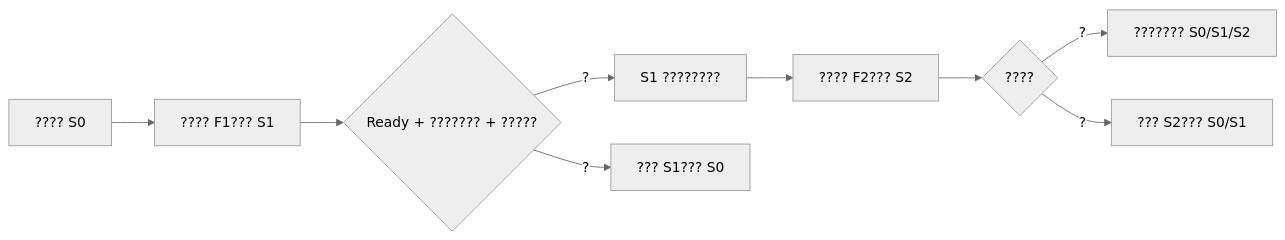
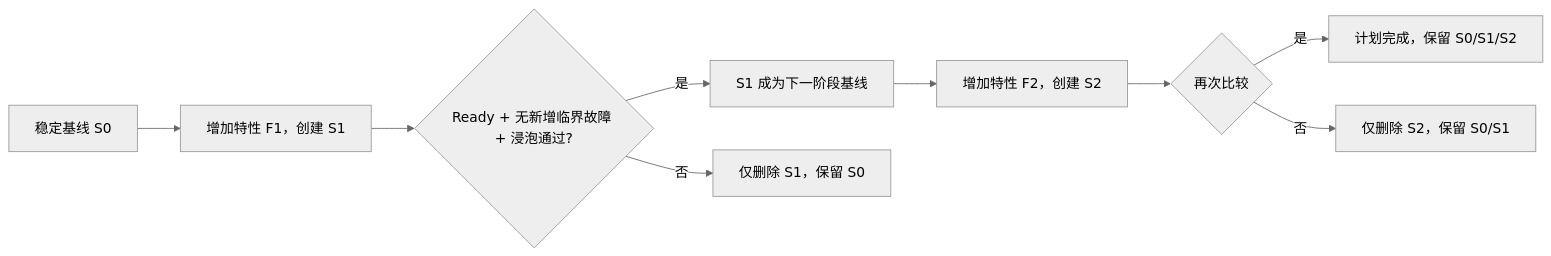
The diagram in component/InferNex-Agent/docs/progressive-experiments-zh.md (lsjfy-open-com/infernex-agent), drawn with Mermaid (neutral theme) before and after one commit. The commit also changed other lines of this file and 10 other files, not shown here.

````diff
--- a/component/InferNex-Agent/docs/progressive-experiments-zh.md
+++ b/component/InferNex-Agent/docs/progressive-experiments-zh.md
@@ -26,11 +26,11 @@
 ```mermaid
 flowchart LR
-  A["???? S0"] --> B["???? F1??? S1"]
-  B --> C{"Ready + ??????? + ?????"}
-  C -- ? --> D["S1 ????????"]
-  D --> E["???? F2??? S2"]
-  E --> F{"????"}
-  C -- ? --> R1["??? S1??? S0"]
-  F -- ? --> G["??????? S0/S1/S2"]
-  F -- ? --> R2["??? S2??? S0/S1"]
+  A["稳定基线 S0"] --> B["增加特性 F1，创建 S1"]
+  B --> C{"Ready + 无新增临界故障 + 浸泡通过?"}
+  C -- 是 --> D["S1 成为下一阶段基线"]
+  D --> E["增加特性 F2，创建 S2"]
+  E --> F{"再次比较"}
+  C -- 否 --> R1["仅删除 S1，保留 S0"]
+  F -- 是 --> G["计划完成，保留 S0/S1/S2"]
+  F -- 否 --> R2["仅删除 S2，保留 S0/S1"]
 ```
````
